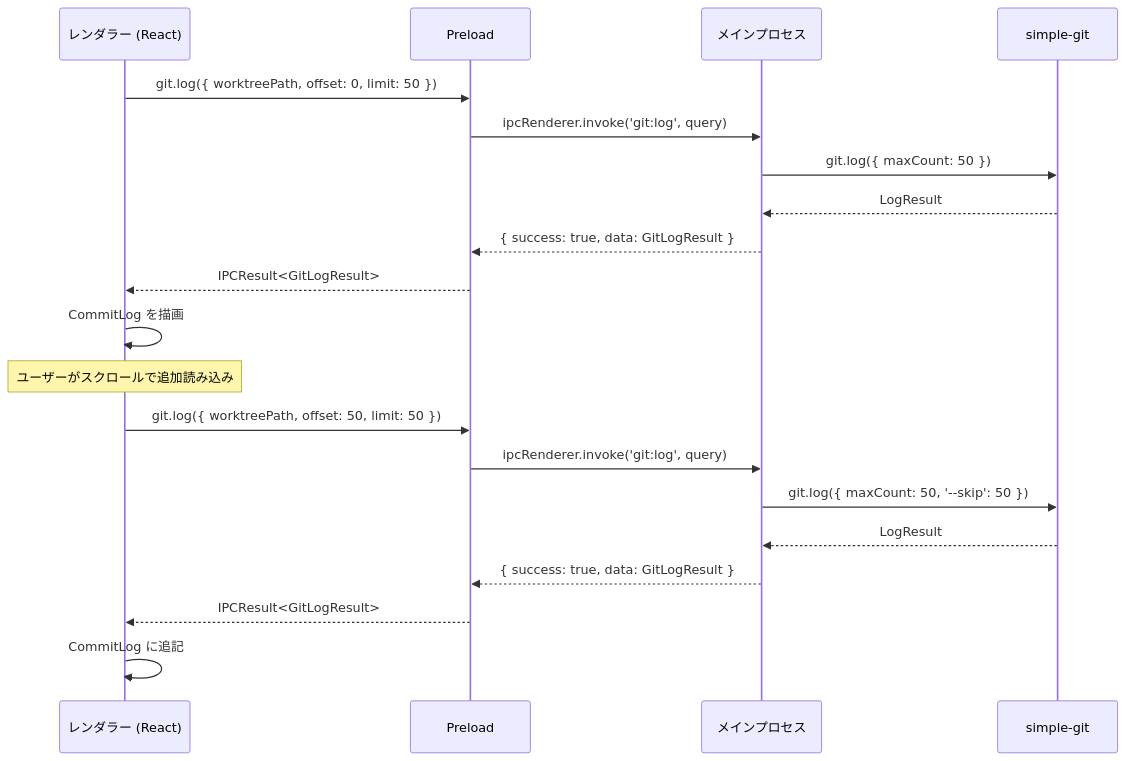
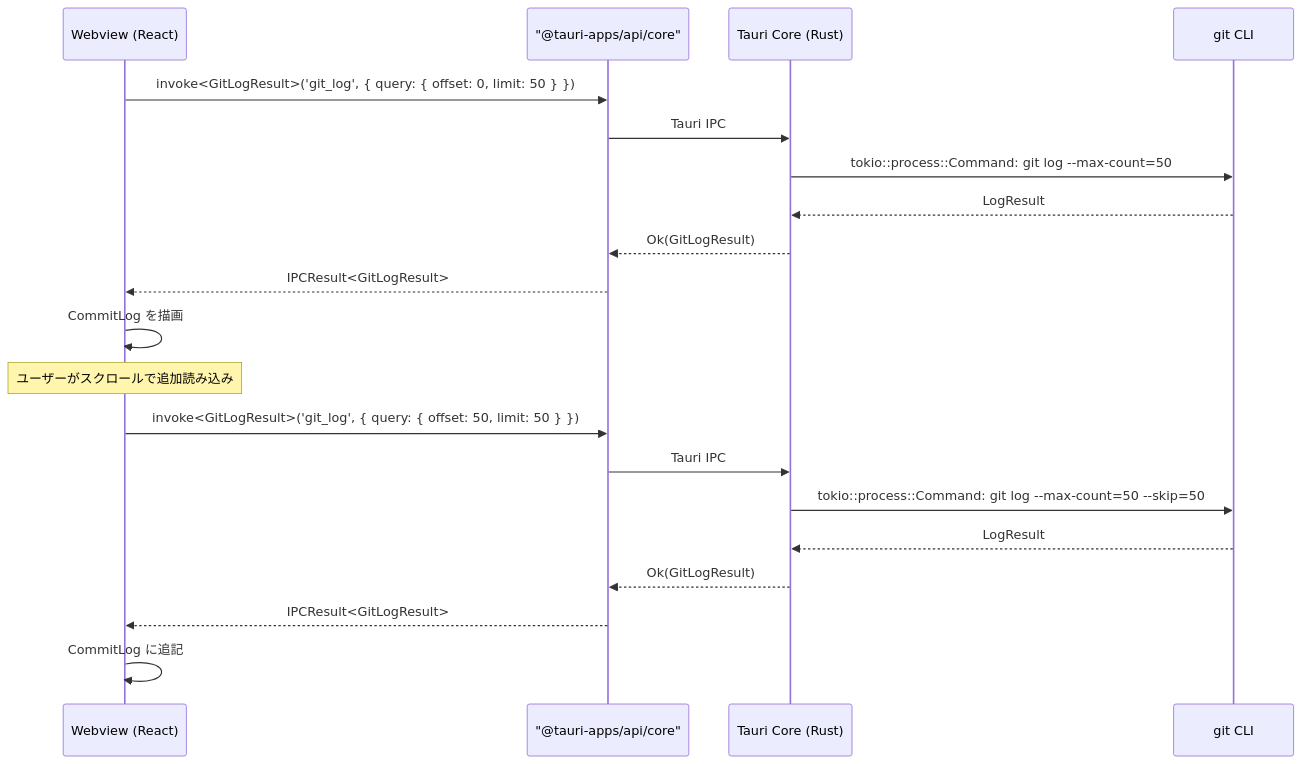
Before and after one commit to ToshikiImagawa/Buruma: the second of 4 diagrams in .sdd/specification/repository-viewer_spec.md, drawn with Mermaid. The commit also changed other lines of this file and 7 other files, not shown here.

````diff
--- a/.sdd/specification/repository-viewer_spec.md
+++ b/.sdd/specification/repository-viewer_spec.md
@@ -392,22 +392,22 @@
 ```mermaid
 sequenceDiagram
-    participant Renderer as レンダラー (React)
-    participant Preload as Preload
-    participant Main as メインプロセス
-    participant Git as simple-git
-    Renderer ->> Preload: git.log({ worktreePath, offset: 0, limit: 50 })
-    Preload ->> Main: ipcRenderer.invoke('git:log', query)
-    Main ->> Git: git.log({ maxCount: 50 })
-    Git -->> Main: LogResult
-    Main -->> Preload: { success: true, data: GitLogResult }
-    Preload -->> Renderer: IPCResult<GitLogResult>
-    Renderer ->> Renderer: CommitLog を描画
-    Note over Renderer: ユーザーがスクロールで追加読み込み
-    Renderer ->> Preload: git.log({ worktreePath, offset: 50, limit: 50 })
-    Preload ->> Main: ipcRenderer.invoke('git:log', query)
-    Main ->> Git: git.log({ maxCount: 50, '--skip': 50 })
-    Git -->> Main: LogResult
-    Main -->> Preload: { success: true, data: GitLogResult }
-    Preload -->> Renderer: IPCResult<GitLogResult>
-    Renderer ->> Renderer: CommitLog に追記
+    participant Webview as Webview (React)
+    participant Invoke as "@tauri-apps/api/core"
+    participant Core as Tauri Core (Rust)
+    participant Git as git CLI
+    Webview ->> Invoke: invoke<GitLogResult>('git_log', { query: { offset: 0, limit: 50 } })
+    Invoke ->> Core: Tauri IPC
+    Core ->> Git: tokio::process::Command: git log --max-count=50
+    Git -->> Core: LogResult
+    Core -->> Invoke: Ok(GitLogResult)
+    Invoke -->> Webview: IPCResult<GitLogResult>
+    Webview ->> Webview: CommitLog を描画
+    Note over Webview: ユーザーがスクロールで追加読み込み
+    Webview ->> Invoke: invoke<GitLogResult>('git_log', { query: { offset: 50, limit: 50 } })
+    Invoke ->> Core: Tauri IPC
+    Core ->> Git: tokio::process::Command: git log --max-count=50 --skip=50
+    Git -->> Core: LogResult
+    Core -->> Invoke: Ok(GitLogResult)
+    Invoke -->> Webview: IPCResult<GitLogResult>
+    Webview ->> Webview: CommitLog に追記
 ```
````
